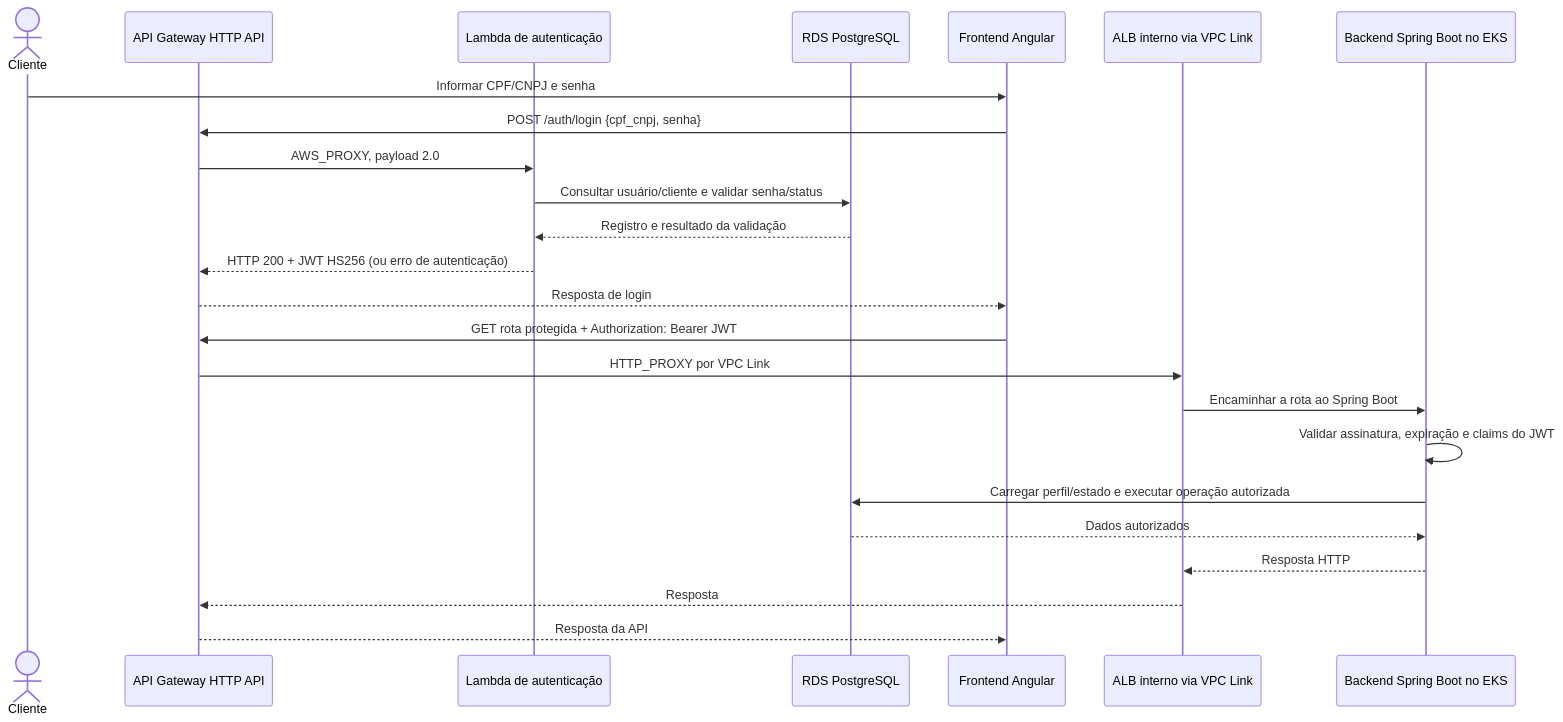
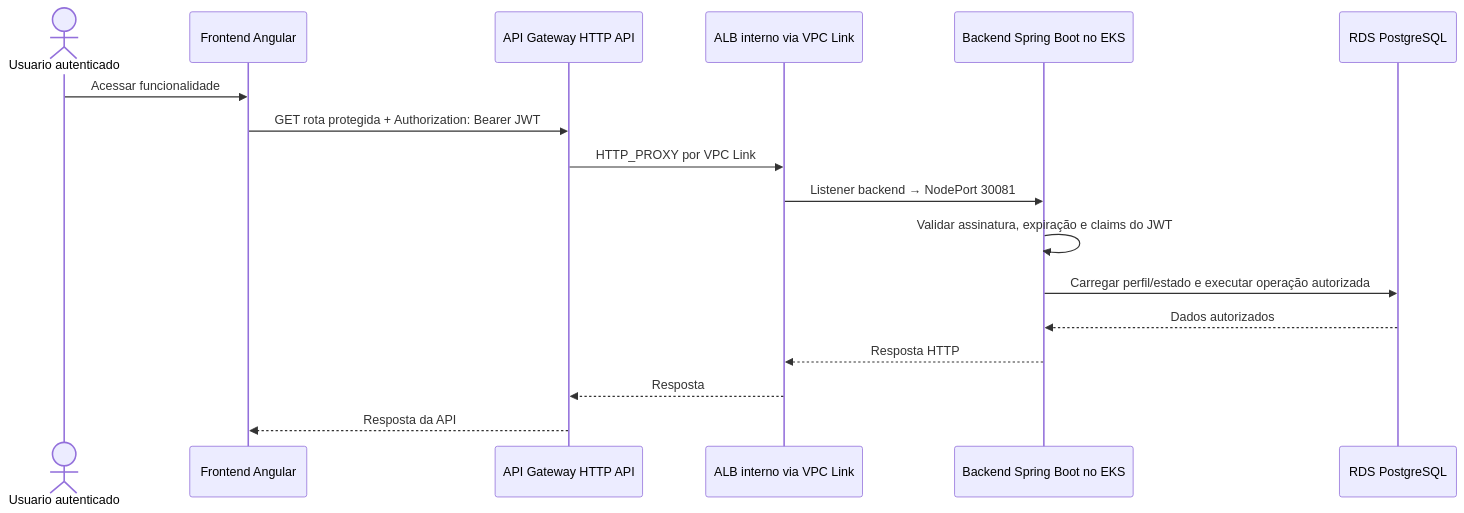
One commit to BrunoSousa06/autoflow-infra changed the fifth of 8 diagrams in docs/api-gateway/arquitetura.md. Above: the diagram before and after it, drawn with Mermaid. The commit also changed other lines of this file and 5 other files, not shown here.

````diff
--- a/docs/api-gateway/arquitetura.md
+++ b/docs/api-gateway/arquitetura.md
@@ -78,26 +98,19 @@
 ```mermaid
 sequenceDiagram
-  actor Cliente
+  actor Usuario as Usuario autenticado
+  participant FE as Frontend Angular
   participant GW as API Gateway HTTP API
-  participant L as Lambda de autenticação
-  participant DB as RDS PostgreSQL
-  participant FE as Frontend Angular
   participant ALB as ALB interno via VPC Link
   participant BE as Backend Spring Boot no EKS
-  Cliente->>FE: Informar CPF/CNPJ e senha
-  FE->>GW: POST /auth/login {cpf_cnpj, senha}
-  GW->>L: AWS_PROXY, payload 2.0
-  L->>DB: Consultar usuário/cliente e validar senha/status
-  DB-->>L: Registro e resultado da validação
-  L-->>GW: HTTP 200 + JWT HS256 (ou erro de autenticação)
-  GW-->>FE: Resposta de login
+  participant DB as RDS PostgreSQL
+  Usuario->>FE: Acessar funcionalidade
   FE->>GW: GET rota protegida + Authorization: Bearer JWT
   GW->>ALB: HTTP_PROXY por VPC Link
-  ALB->>BE: Encaminhar a rota ao Spring Boot
+  ALB->>BE: Listener backend → NodePort 30081
   BE->>BE: Validar assinatura, expiração e claims do JWT
   BE->>DB: Carregar perfil/estado e executar operação autorizada
   DB-->>BE: Dados autorizados
   BE-->>ALB: Resposta HTTP
   ALB-->>GW: Resposta
   GW-->>FE: Resposta da API
 ```
````
